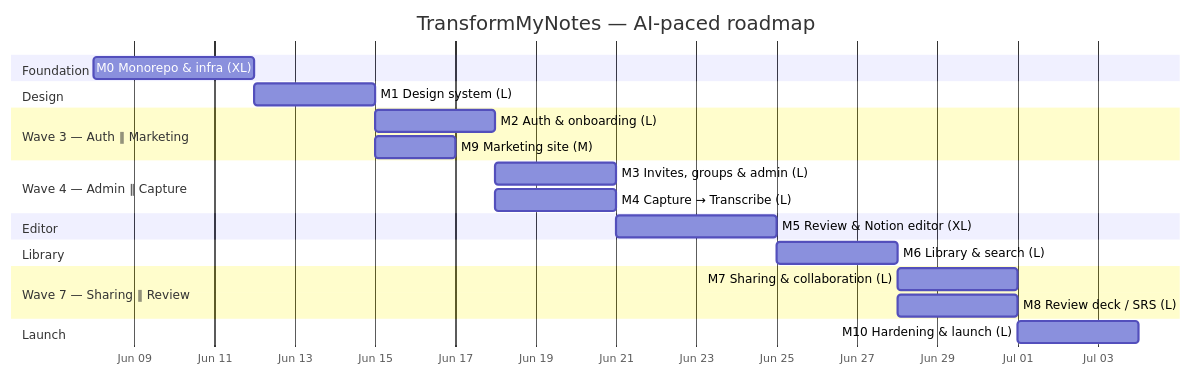
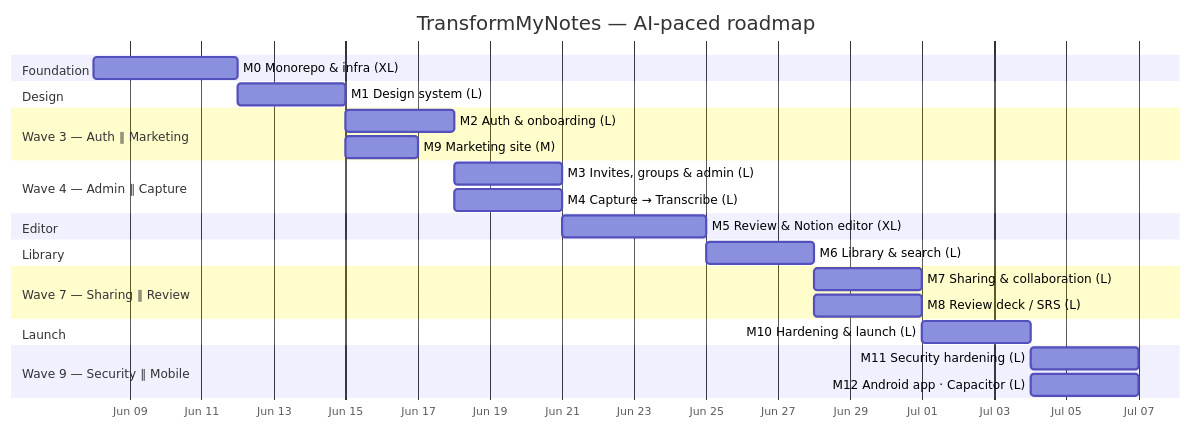
The second of 2 diagrams in docs/milestones/ROADMAP.md (jasonp2323/transformmynotes), drawn with Mermaid before and after one commit. The commit also changed other lines of this file and 3 other files, not shown here.

First line of the commit message:
docs(milestones): add M11 security hardening and M12 Android (Capacitor) specs

````diff
--- a/docs/milestones/ROADMAP.md
+++ b/docs/milestones/ROADMAP.md
@@ -38,25 +44,28 @@
 ```mermaid
 gantt
   title TransformMyNotes — AI-paced roadmap
   dateFormat YYYY-MM-DD
   axisFormat %b %d
   section Foundation
   M0 Monorepo & infra (XL)      :m0, 2026-06-08, 4d
   section Design
   M1 Design system (L)          :m1, after m0, 3d
   section Wave 3 — Auth ∥ Marketing
   M2 Auth & onboarding (L)      :m2, after m1, 3d
   M9 Marketing site (M)         :m9, after m1, 2d
   section Wave 4 — Admin ∥ Capture
   M3 Invites, groups & admin (L):m3, after m2, 3d
   M4 Capture → Transcribe (L)   :m4, after m2, 3d
   section Editor
   M5 Review & Notion editor (XL):m5, after m4, 4d
   section Library
   M6 Library & search (L)       :m6, after m5, 3d
   section Wave 7 — Sharing ∥ Review
   M7 Sharing & collaboration (L):m7, after m6, 3d
   M8 Review deck / SRS (L)      :m8, after m6, 3d
   section Launch
   M10 Hardening & launch (L)    :m10, after m8, 3d
+  section Wave 9 — Security ∥ Mobile
+  M11 Security hardening (L)    :m11, after m10, 3d
+  M12 Android app · Capacitor (L):m12, after m10, 3d
 ```
````
